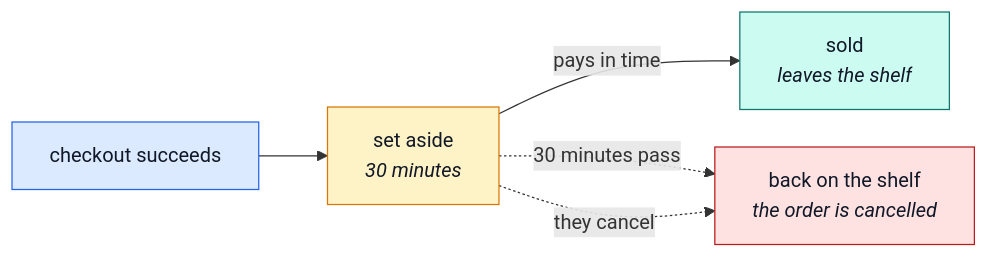
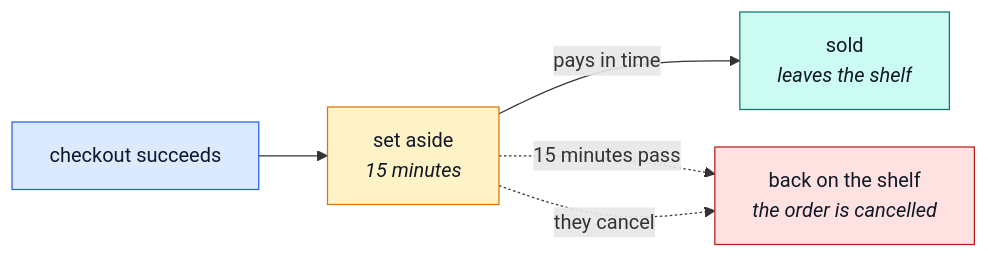
One commit to Guebbit/boilerplate-node-backend changed the third of 3 diagrams in docs/demo-ecommerce/shopper.md. Above: the diagram before and after it, drawn with Mermaid. The commit also changed other lines of this file and 130 other files, not shown here.

````diff
--- a/docs/demo-ecommerce/shopper.md
+++ b/docs/demo-ecommerce/shopper.md
@@ -85,17 +85,17 @@
 ```mermaid
 %%{init: {'flowchart': {'nodeSpacing': 30, 'rankSpacing': 55}}}%%
 flowchart LR
-    A["checkout succeeds"] --> B["set aside<br/><i>30 minutes</i>"]
+    A["checkout succeeds"] --> B["set aside<br/><i>15 minutes</i>"]
     B -->|"pays in time"| C["sold<br/><i>leaves the shelf</i>"]
-    B -.->|"30 minutes pass"| D["back on the shelf<br/><i>the order is cancelled</i>"]
+    B -.->|"15 minutes pass"| D["back on the shelf<br/><i>the order is cancelled</i>"]
     B -.->|"they cancel"| D
 
     classDef act fill:#dbeafe,stroke:#2563eb,color:#111827;
     classDef hold fill:#fef3c7,stroke:#d97706,color:#111827;
     classDef done fill:#ccfbf1,stroke:#0f766e,color:#111827;
     classDef bad fill:#fee2e2,stroke:#b91c1c,color:#111827;
     class A act;
     class B hold;
     class C done;
     class D bad;
 ```
````
